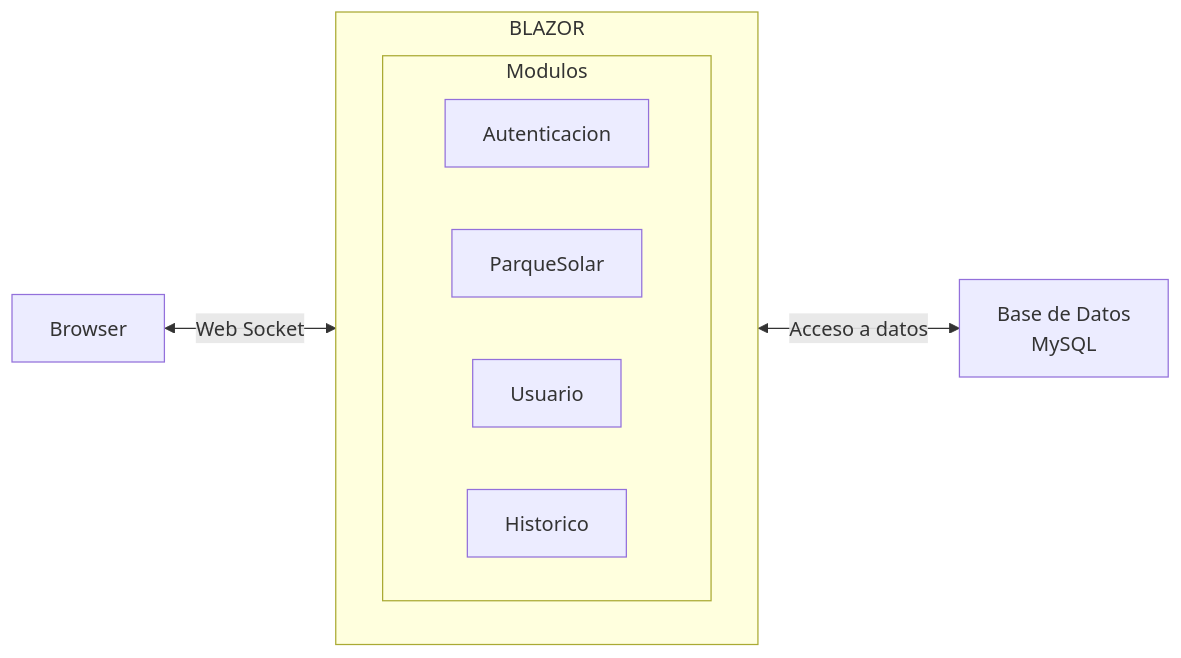
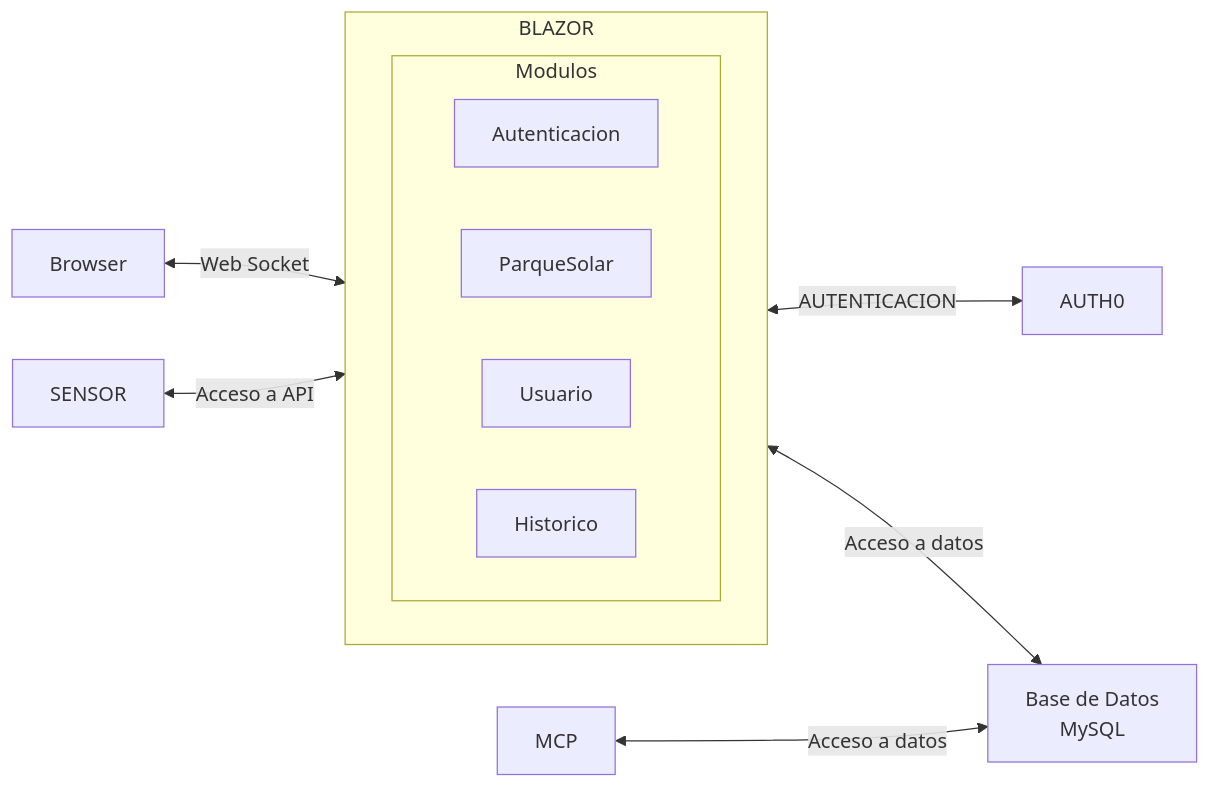
One commit to kevinGarcia00/Taller_.NET changed the first of 2 diagrams in README.md. Above: the diagram before and after it, drawn with Mermaid. The commit also changed other lines of this file, not shown here.

````diff
--- a/README.md
+++ b/README.md
@@ -28,20 +28,23 @@
 ```mermaid
 flowchart LR
     Browser["Browser"]
     
     subgraph BLAZOR
         direction LR
         subgraph Modulos
             direction LR
             Auth["Autenticacion"]
             ParqueSolar["ParqueSolar"]
             Usuario["Usuario"]
             Historico["Historico"]
         end
     end
     
     Database["Base de Datos\nMySQL"]
 
     Browser <-->|Web Socket| BLAZOR
+    BLAZOR <-->|AUTENTICACION| AUTH0
     BLAZOR <-->|Acceso a datos| Database
+    MCP <-->|Acceso a datos| Database
+    SENSOR<-->|Acceso a API| BLAZOR
 ```
````
